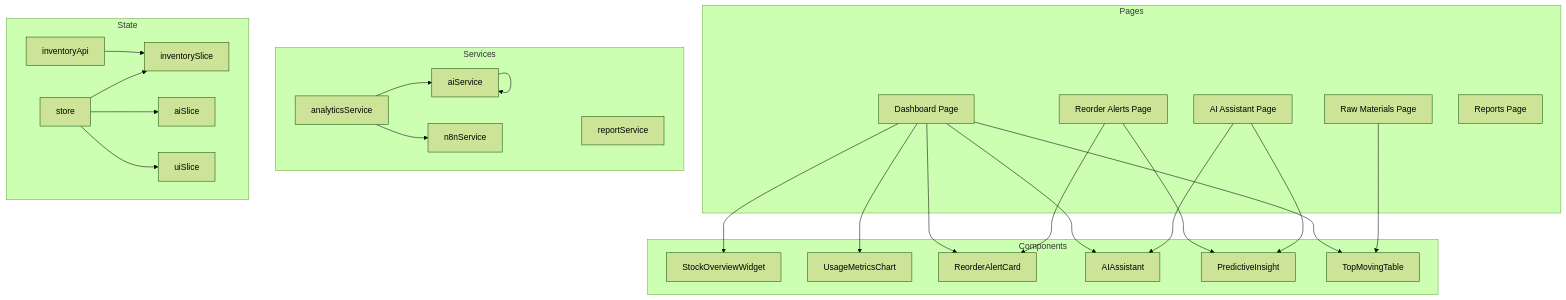
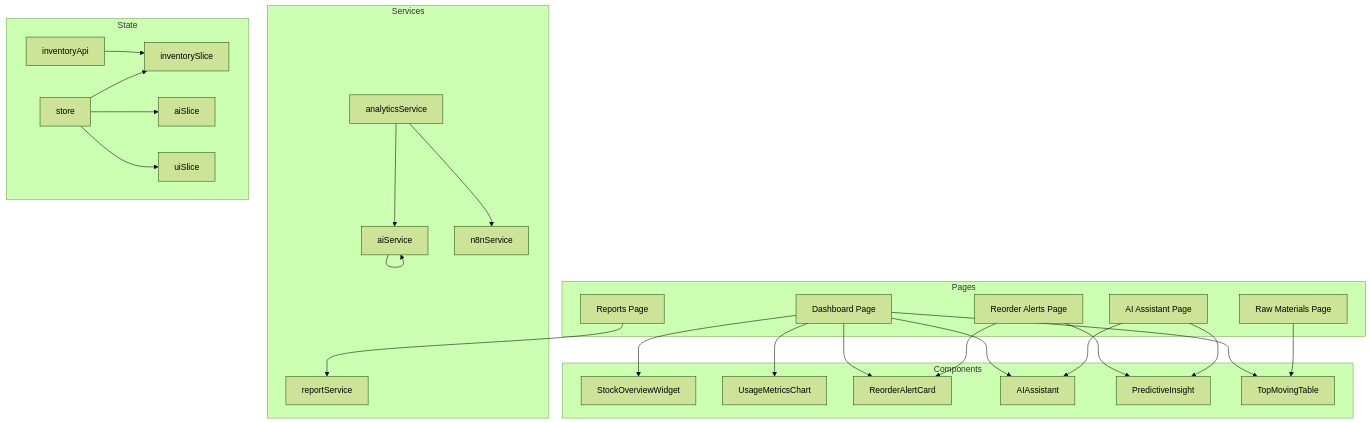
Before and after one commit to cacamarica/dashboard-ai: the first of 8 diagrams in .qoder/repowiki/en/content/Core Features/Core Features.md, drawn with Mermaid (forest theme). The commit also changed other lines of this file and 14 other files, not shown here.

````diff
--- a/.qoder/repowiki/en/content/Core Features/Core Features.md
+++ b/.qoder/repowiki/en/content/Core Features/Core Features.md
@@ -63,48 +75,49 @@
 ```mermaid
 graph TB
 subgraph "Pages"
 D["Dashboard Page"]
 R["Reorder Alerts Page"]
 A["AI Assistant Page"]
 RM["Raw Materials Page"]
 REP["Reports Page"]
 end
 subgraph "Components"
 SW["StockOverviewWidget"]
 UMC["UsageMetricsChart"]
 RAC["ReorderAlertCard"]
 AIA["AIAssistant"]
 PI["PredictiveInsight"]
 TMT["TopMovingTable"]
 end
 subgraph "Services"
 AIS["aiService"]
 ANS["analyticsService"]
 N8N["n8nService"]
 RPT["reportService"]
 end
 subgraph "State"
 INVAPI["inventoryApi"]
 INVS["inventorySlice"]
 AISL["aiSlice"]
 UIS["uiSlice"]
 STORE["store"]
 end
 D --> SW
 D --> UMC
 D --> RAC
 D --> AIA
 D --> TMT
 R --> RAC
 R --> PI
 A --> AIA
 A --> PI
 RM --> TMT
+REP --> RPT
 ANS --> AIS
 ANS --> N8N
 AIS --> AIS
 INVAPI --> INVS
 STORE --> INVS
 STORE --> AISL
 STORE --> UIS
 ```
````
